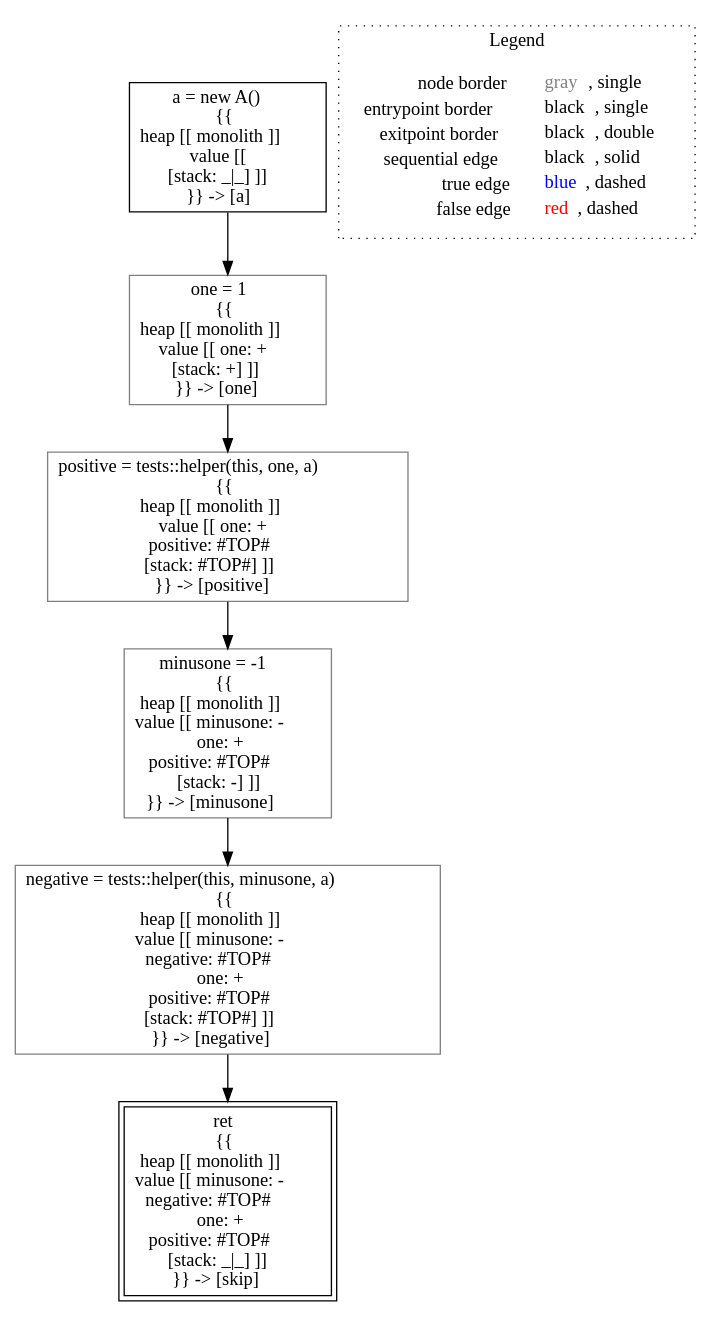
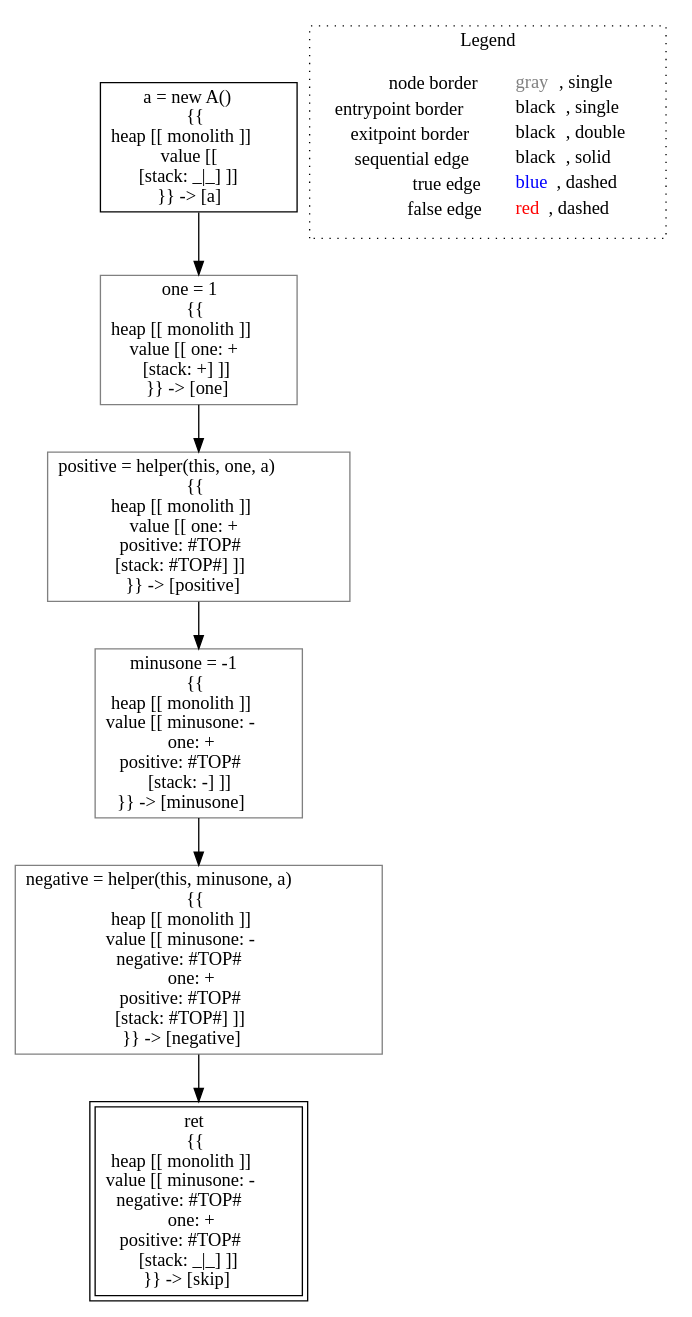
The diagram in lisa/lisa-core/imp-testcases/interprocedural/RTAContextSensitive3/analysis___untyped_tests.main(tests__this).dot (lisa-analyzer/lisa), drawn with Graphviz before and after one commit. The commit also changed 36 other files, not shown here.

```diff
--- a/lisa/lisa-core/imp-testcases/interprocedural/RTAContextSensitive3/analysis___untyped_tests.main(tests__this).dot
+++ b/lisa/lisa-core/imp-testcases/interprocedural/RTAContextSensitive3/analysis___untyped_tests.main(tests__this).dot
@@ -1,20 +1,20 @@
 digraph {
 	"node0" [shape="rect",color="black",label=<a = new A()<BR/>{{<BR/>heap [[ monolith ]]<BR/>value [[ <BR/>[stack: _|_] ]]<BR/>}} -&gt; [a]>];
-	"node1" [shape="rect",color="gray",label=<minusone = -1<BR/>{{<BR/>heap [[ monolith ]]<BR/>value [[ minusone: -<BR/>one: +<BR/>positive: #TOP#<BR/>[stack: -] ]]<BR/>}} -&gt; [minusone]>];
-	"node2" [shape="rect",color="gray",label=<negative = tests::helper(this, minusone, a)<BR/>{{<BR/>heap [[ monolith ]]<BR/>value [[ minusone: -<BR/>negative: #TOP#<BR/>one: +<BR/>positive: #TOP#<BR/>[stack: #TOP#] ]]<BR/>}} -&gt; [negative]>];
-	"node3" [shape="rect",color="gray",label=<one = 1<BR/>{{<BR/>heap [[ monolith ]]<BR/>value [[ one: +<BR/>[stack: +] ]]<BR/>}} -&gt; [one]>];
-	"node4" [shape="rect",color="black",peripheries="2",label=<ret<BR/>{{<BR/>heap [[ monolith ]]<BR/>value [[ minusone: -<BR/>negative: #TOP#<BR/>one: +<BR/>positive: #TOP#<BR/>[stack: _|_] ]]<BR/>}} -&gt; [skip]>];
-	"node5" [shape="rect",color="gray",label=<positive = tests::helper(this, one, a)<BR/>{{<BR/>heap [[ monolith ]]<BR/>value [[ one: +<BR/>positive: #TOP#<BR/>[stack: #TOP#] ]]<BR/>}} -&gt; [positive]>];
-	"node1" -> "node2" [color="black"];
-	"node2" -> "node4" [color="black"];
-	"node3" -> "node5" [color="black"];
-	"node0" -> "node3" [color="black"];
-	"node5" -> "node1" [color="black"];
+	"node1" [shape="rect",color="gray",label=<one = 1<BR/>{{<BR/>heap [[ monolith ]]<BR/>value [[ one: +<BR/>[stack: +] ]]<BR/>}} -&gt; [one]>];
+	"node2" [shape="rect",color="gray",label=<negative = helper(this, minusone, a)<BR/>{{<BR/>heap [[ monolith ]]<BR/>value [[ minusone: -<BR/>negative: #TOP#<BR/>one: +<BR/>positive: #TOP#<BR/>[stack: #TOP#] ]]<BR/>}} -&gt; [negative]>];
+	"node3" [shape="rect",color="black",peripheries="2",label=<ret<BR/>{{<BR/>heap [[ monolith ]]<BR/>value [[ minusone: -<BR/>negative: #TOP#<BR/>one: +<BR/>positive: #TOP#<BR/>[stack: _|_] ]]<BR/>}} -&gt; [skip]>];
+	"node4" [shape="rect",color="gray",label=<positive = helper(this, one, a)<BR/>{{<BR/>heap [[ monolith ]]<BR/>value [[ one: +<BR/>positive: #TOP#<BR/>[stack: #TOP#] ]]<BR/>}} -&gt; [positive]>];
+	"node5" [shape="rect",color="gray",label=<minusone = -1<BR/>{{<BR/>heap [[ monolith ]]<BR/>value [[ minusone: -<BR/>one: +<BR/>positive: #TOP#<BR/>[stack: -] ]]<BR/>}} -&gt; [minusone]>];
+	"node1" -> "node4" [color="black"];
+	"node0" -> "node1" [color="black"];
+	"node2" -> "node3" [color="black"];
+	"node4" -> "node5" [color="black"];
+	"node5" -> "node2" [color="black"];
 subgraph cluster_legend {
 	label="Legend";
 	style=dotted;
 	node [shape=plaintext];
 	"legend" [label=<<table border="0" cellpadding="2" cellspacing="0" cellborder="0"><tr><td align="right">node border&nbsp;</td><td align="left"><font color="gray">gray</font>, single</td></tr><tr><td align="right">entrypoint border&nbsp;</td><td align="left"><font color="black">black</font>, single</td></tr><tr><td align="right">exitpoint border&nbsp;</td><td align="left"><font color="black">black</font>, double</td></tr><tr><td align="right">sequential edge&nbsp;</td><td align="left"><font color="black">black</font>, solid</td></tr><tr><td align="right">true edge&nbsp;</td><td align="left"><font color="blue">blue</font>, dashed</td></tr><tr><td align="right">false edge&nbsp;</td><td align="left"><font color="red">red</font>, dashed</td></tr></table>>];
 }
 
 }
```
